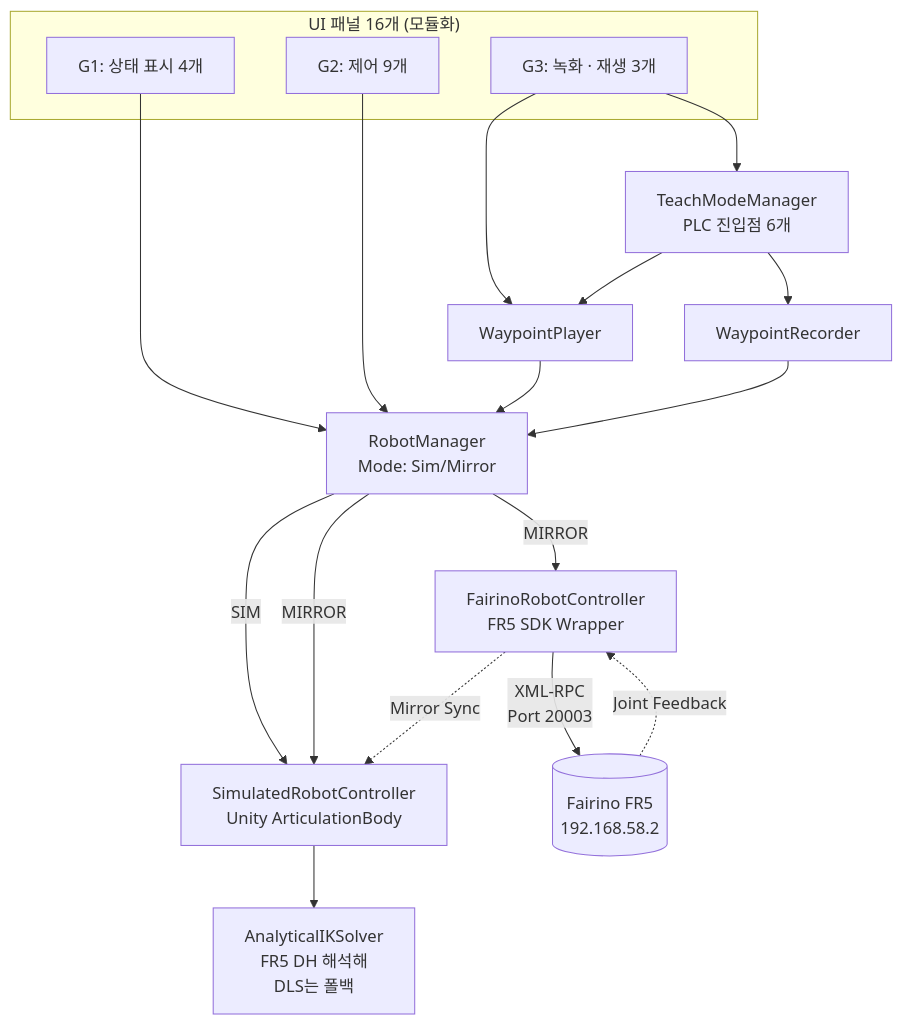
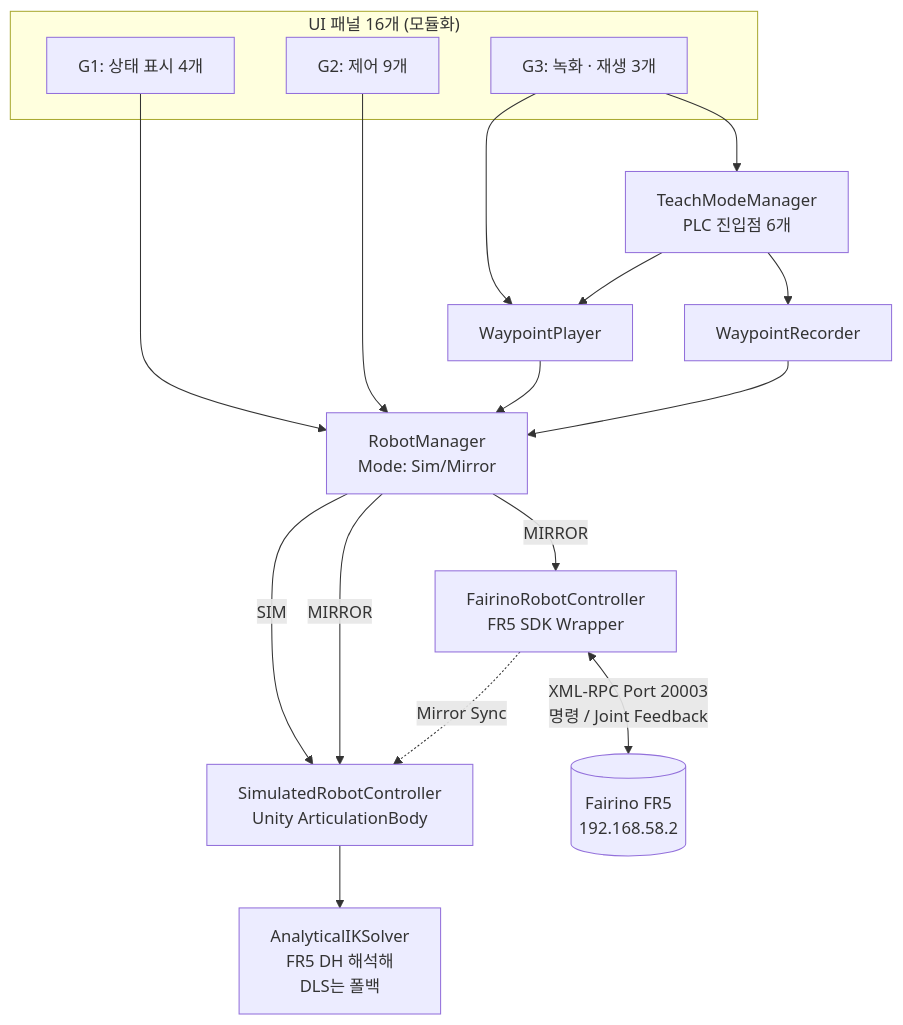
The diagram in README.md (kimar1022-code/fairino-fr5-digital-twin-v2), drawn with Mermaid before and after one commit.

Commit message:
문서: 구조도가 GitHub에서 깨지던 문제 수정 (반대 방향 화살표를 양방향 하나로)

````diff
--- a/README.md
+++ b/README.md
@@ -54,34 +54,33 @@
 ```mermaid
 flowchart TD
     subgraph Panels["UI 패널 16개 (모듈화)"]
         G1[G1: 상태 표시 4개]
         G2[G2: 제어 9개]
         G3[G3: 녹화 · 재생 3개]
     end
 
     Mgr[RobotManager<br/>Mode: Sim/Mirror]
     Teach[TeachModeManager<br/>PLC 진입점 6개]
     Rec[WaypointRecorder]
     Player[WaypointPlayer]
     Sim[SimulatedRobotController<br/>Unity ArticulationBody]
     Real[FairinoRobotController<br/>FR5 SDK Wrapper]
     IK[AnalyticalIKSolver<br/>FR5 DH 해석해<br/>DLS는 폴백]
     Robot[(Fairino FR5<br/>192.168.58.2)]
 
     G1 --> Mgr
     G2 --> Mgr
     G3 --> Teach
     G3 --> Player
     Teach --> Rec
     Teach --> Player
     Player --> Mgr
     Rec --> Mgr
 
     Mgr -->|SIM| Sim
     Mgr -->|MIRROR| Sim
     Mgr -->|MIRROR| Real
     Sim --> IK
-    Real -->|XML-RPC<br/>Port 20003| Robot
-    Robot -.->|Joint Feedback| Real
+    Real <-->|"XML-RPC Port 20003<br/>명령 / Joint Feedback"| Robot
     Real -.->|Mirror Sync| Sim
 ```
````
